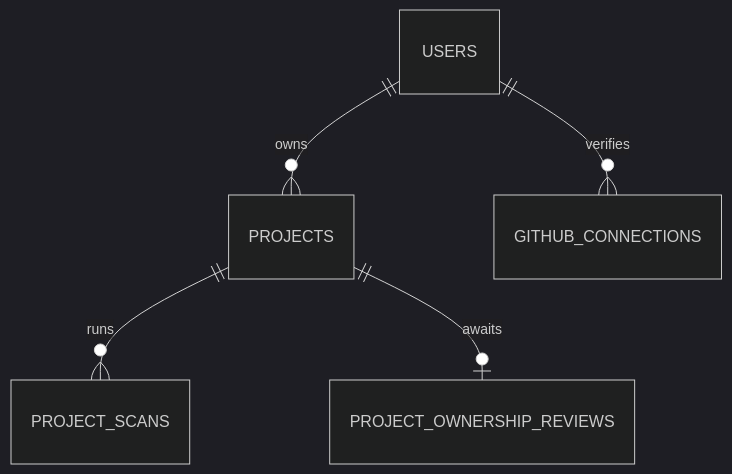
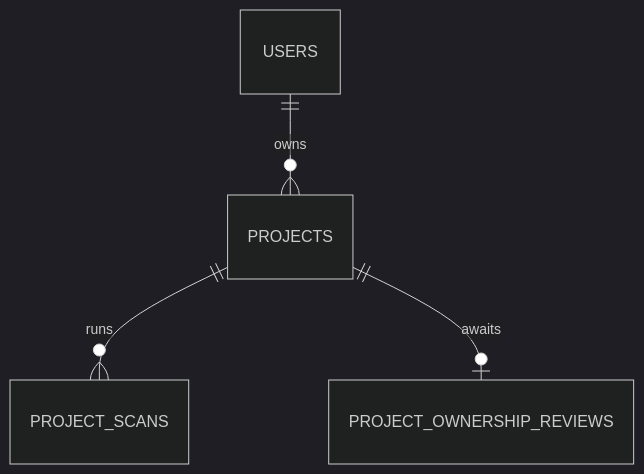
Before and after one commit to Ibrahim-Al-Jid/Basira: the first of 3 diagrams in docs/ERD.md, drawn with Mermaid (dark theme). The commit also changed other lines of this file and 7 other files, not shown here.

First line of the commit message:
Drop the unused github_connections table and its endpoint (#213)

````diff
--- a/docs/ERD.md
+++ b/docs/ERD.md
@@ -5,7 +5,6 @@
 ```mermaid
 erDiagram
     USERS ||--o{ PROJECTS : owns
-    USERS ||--o{ GITHUB_CONNECTIONS : verifies
     PROJECTS ||--o{ PROJECT_SCANS : runs
     PROJECTS ||--o| PROJECT_OWNERSHIP_REVIEWS : awaits
 ```
````
